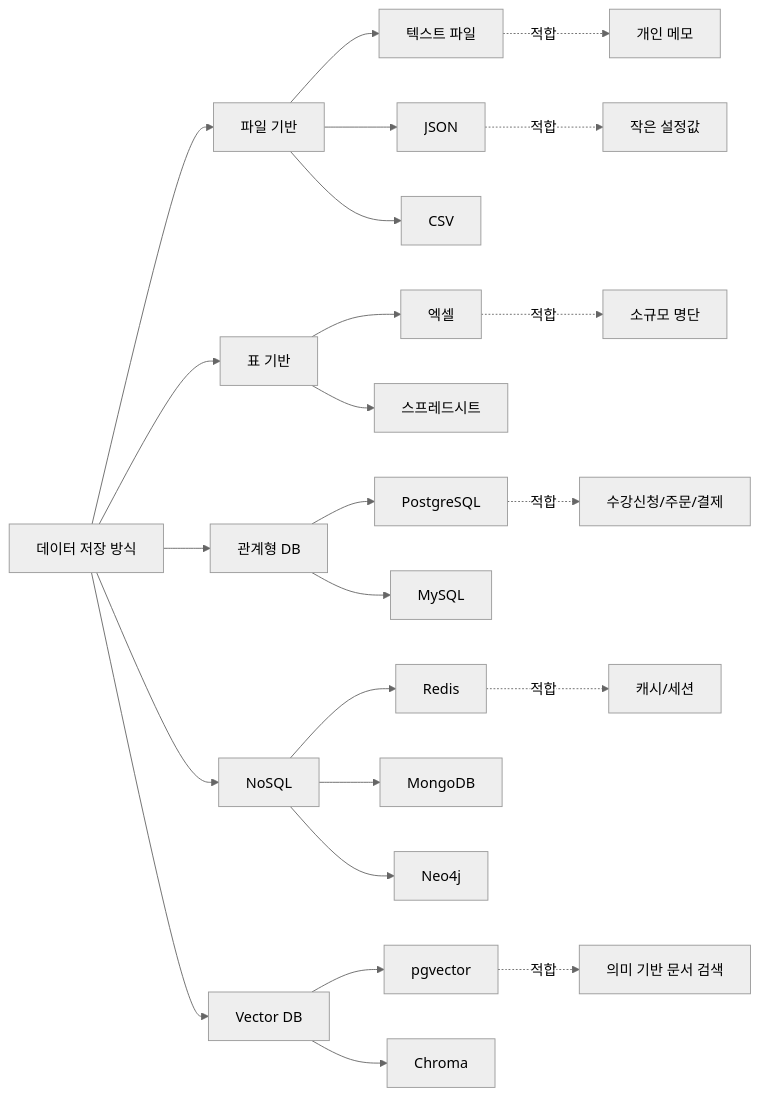
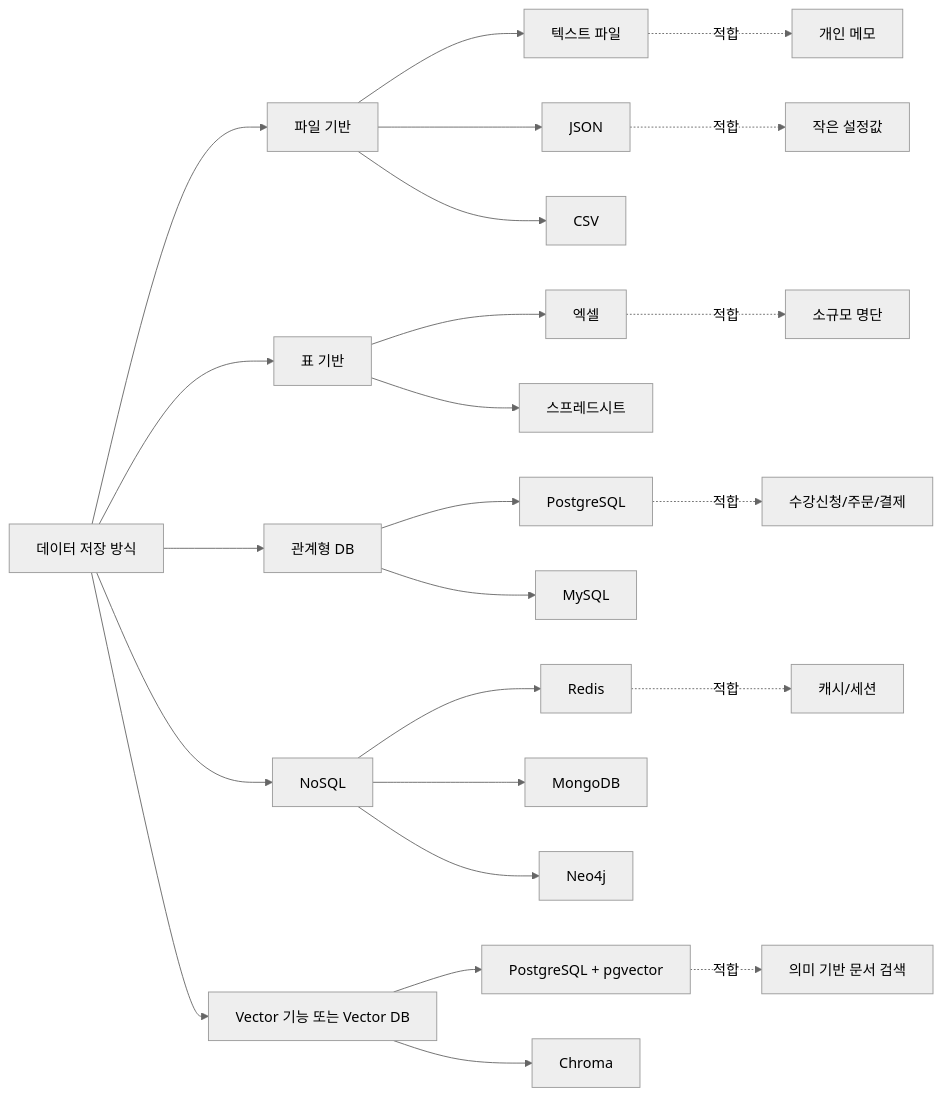
The diagram in images/chapter01/ch01_01_storage_options.mmd (GilbertMoon/ai-database-book), drawn with Mermaid (neutral theme) before and after one commit. The commit also changed 11 other files, not shown here.

```diff
--- a/images/chapter01/ch01_01_storage_options.mmd
+++ b/images/chapter01/ch01_01_storage_options.mmd
@@ -1,30 +1,30 @@
 flowchart LR
     A[데이터 저장 방식] --> B[파일 기반]
     A --> C[표 기반]
     A --> D[관계형 DB]
     A --> E[NoSQL]
-    A --> F[Vector DB]
+    A --> F[Vector 기능 또는 Vector DB]
 
     B --> B1[텍스트 파일]
     B --> B2[JSON]
     B --> B3[CSV]
 
     C --> C1[엑셀]
     C --> C2[스프레드시트]
 
     D --> D1[PostgreSQL]
     D --> D2[MySQL]
 
     E --> E1[Redis]
     E --> E2[MongoDB]
     E --> E3[Neo4j]
 
-    F --> F1[pgvector]
+    F --> F1[PostgreSQL + pgvector]
     F --> F2[Chroma]
 
     B1 -. 적합 .-> G1[개인 메모]
     B2 -. 적합 .-> G2[작은 설정값]
     C1 -. 적합 .-> G3[소규모 명단]
     D1 -. 적합 .-> G4[수강신청/주문/결제]
     E1 -. 적합 .-> G5[캐시/세션]
     F1 -. 적합 .-> G6[의미 기반 문서 검색]
```
